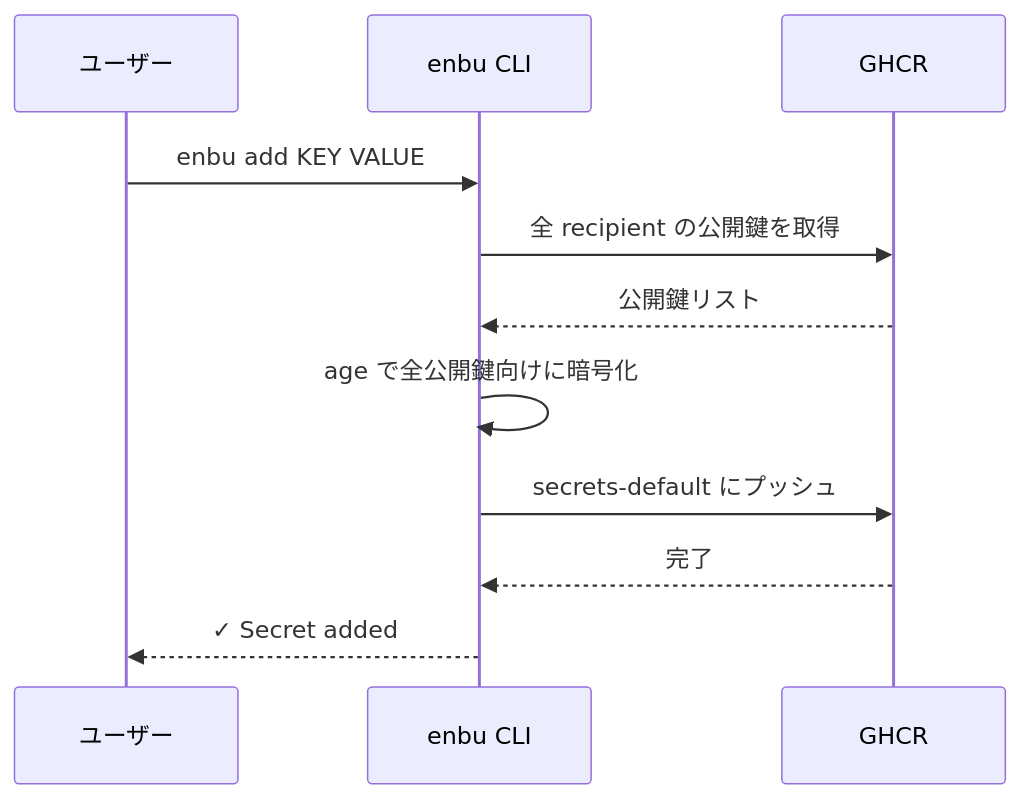
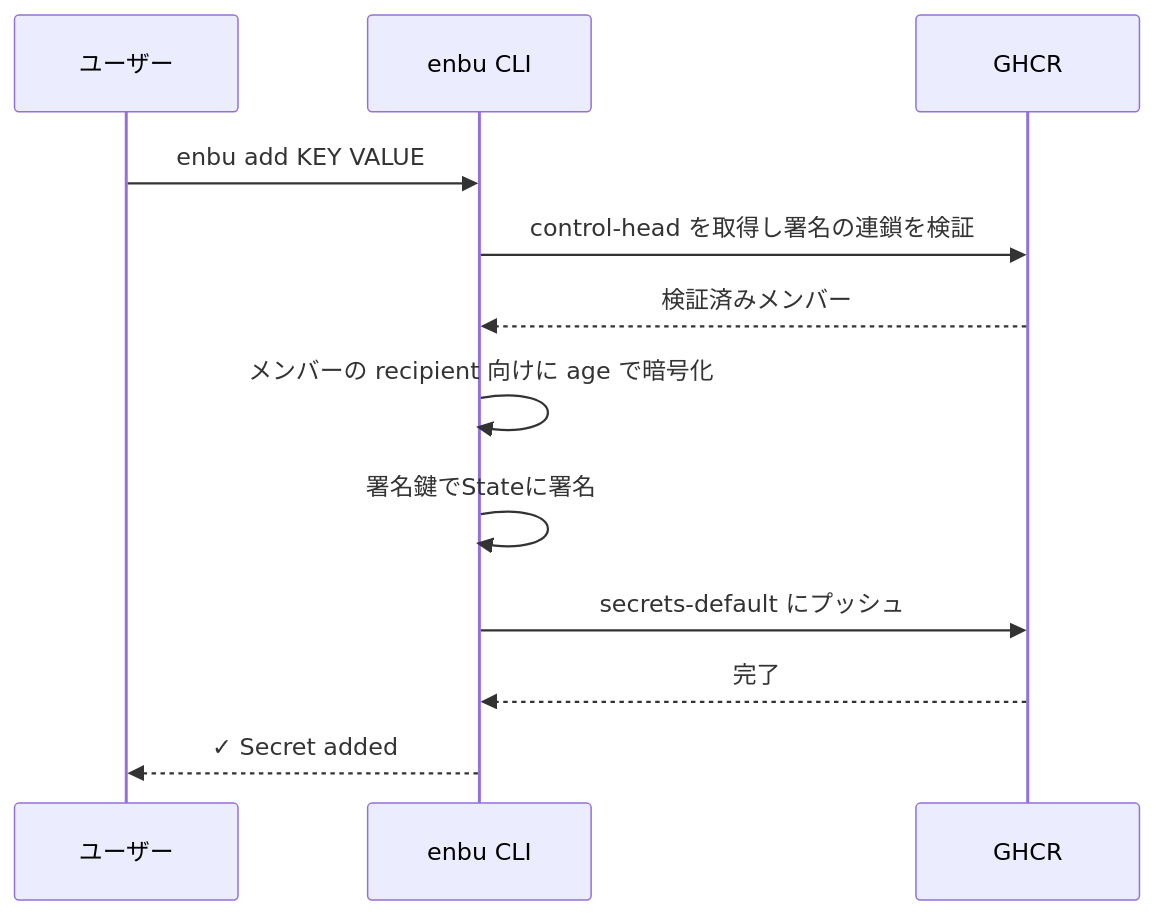
One commit to enbu-net/enbu changed the second of 3 diagrams in README.ja.md. Above: the diagram before and after it, drawn with Mermaid. The commit also changed other lines of this file and 1 other file, not shown here.

Commit message:
docs(readme): describe signed control and device approval flow (#398)

````diff
--- a/README.ja.md
+++ b/README.ja.md
@@ -233,14 +262,15 @@
 ```mermaid
 sequenceDiagram
     participant User as ユーザー
     participant CLI as enbu CLI
     participant GHCR as GHCR
 
     User->>CLI: enbu add KEY VALUE
-    CLI->>GHCR: 全 recipient の公開鍵を取得
-    GHCR-->>CLI: 公開鍵リスト
-    CLI->>CLI: age で全公開鍵向けに暗号化
+    CLI->>GHCR: control-head を取得し署名の連鎖を検証
+    GHCR-->>CLI: 検証済みメンバー
+    CLI->>CLI: メンバーの recipient 向けに age で暗号化
+    CLI->>CLI: 署名鍵でStateに署名
     CLI->>GHCR: secrets-default にプッシュ
     GHCR-->>CLI: 完了
     CLI-->>User: ✓ Secret added
 ```
````
